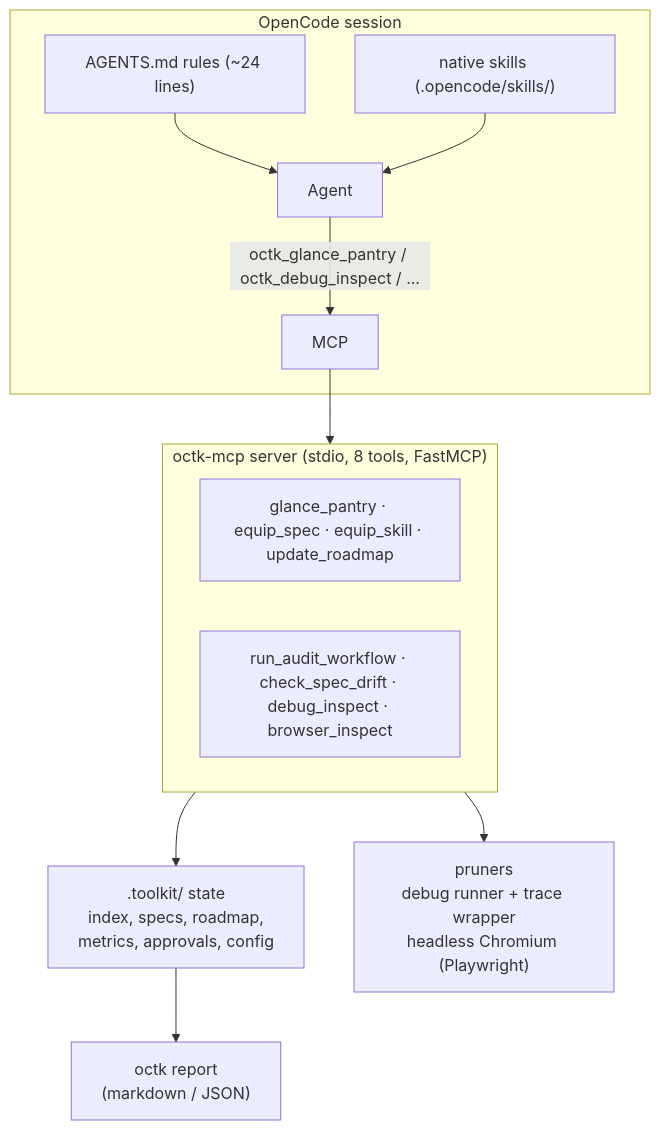
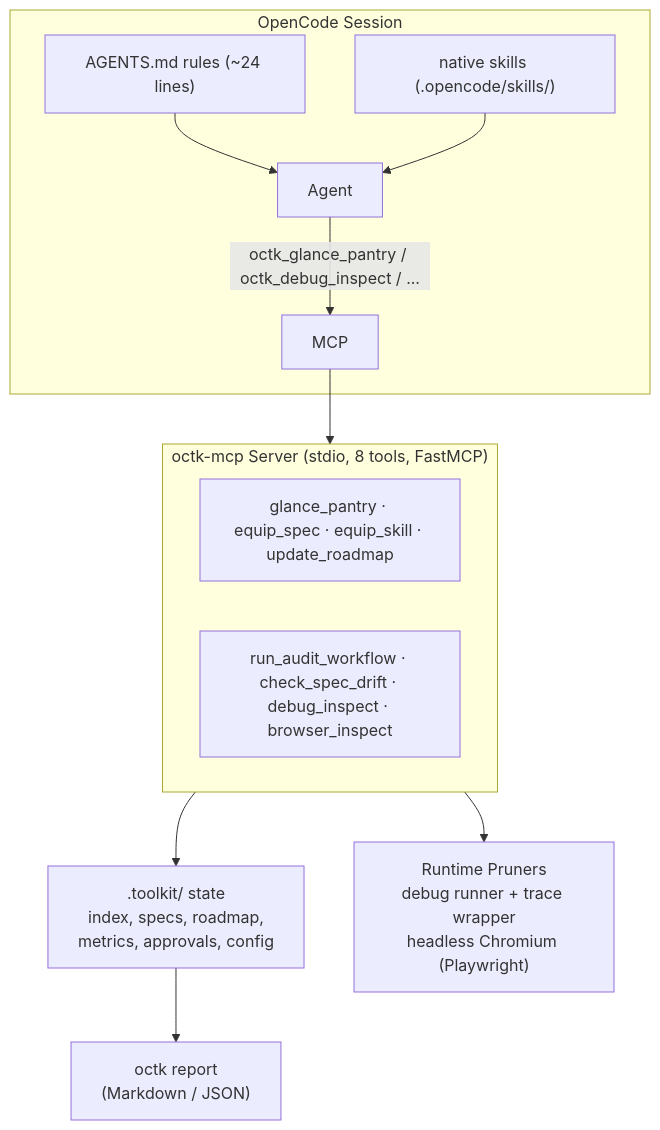
One commit to manaskumar1704/opencode-toolkit changed the first of 2 diagrams in README.md. Above: the diagram before and after it, drawn with Mermaid. The commit also changed other lines of this file, not shown here.

Commit message:
docs: adopt polished README with mermaid diagrams and verified metrics

````diff
--- a/README.md
+++ b/README.md
@@ -38,20 +101,20 @@
 ```mermaid
 flowchart TB
-  subgraph Session["OpenCode session"]
+  subgraph Session["OpenCode Session"]
     AG["AGENTS.md rules (~24 lines)"]
     NAT["native skills (.opencode/skills/)"]
     AG --> Agent
     NAT --> Agent
     Agent -->|"octk_glance_pantry / octk_debug_inspect / ..."| MCP
   end
 
-  subgraph Server["octk-mcp server (stdio, 8 tools, FastMCP)"]
+  subgraph Server["octk-mcp Server (stdio, 8 tools, FastMCP)"]
     T1["glance_pantry · equip_spec · equip_skill · update_roadmap"]
     T2["run_audit_workflow · check_spec_drift · debug_inspect · browser_inspect"]
   end
 
   MCP --> Server
   Server --> State[".toolkit/ state\nindex, specs, roadmap,\nmetrics, approvals, config"]
-  Server --> Pruners["pruners\ndebug runner + trace wrapper\nheadless Chromium (Playwright)"]
-  State --> Report["octk report\n(markdown / JSON)"]
+  Server --> Pruners["Runtime Pruners\ndebug runner + trace wrapper\nheadless Chromium (Playwright)"]
+  State --> Report["octk report\n(Markdown / JSON)"]
 ```
````
